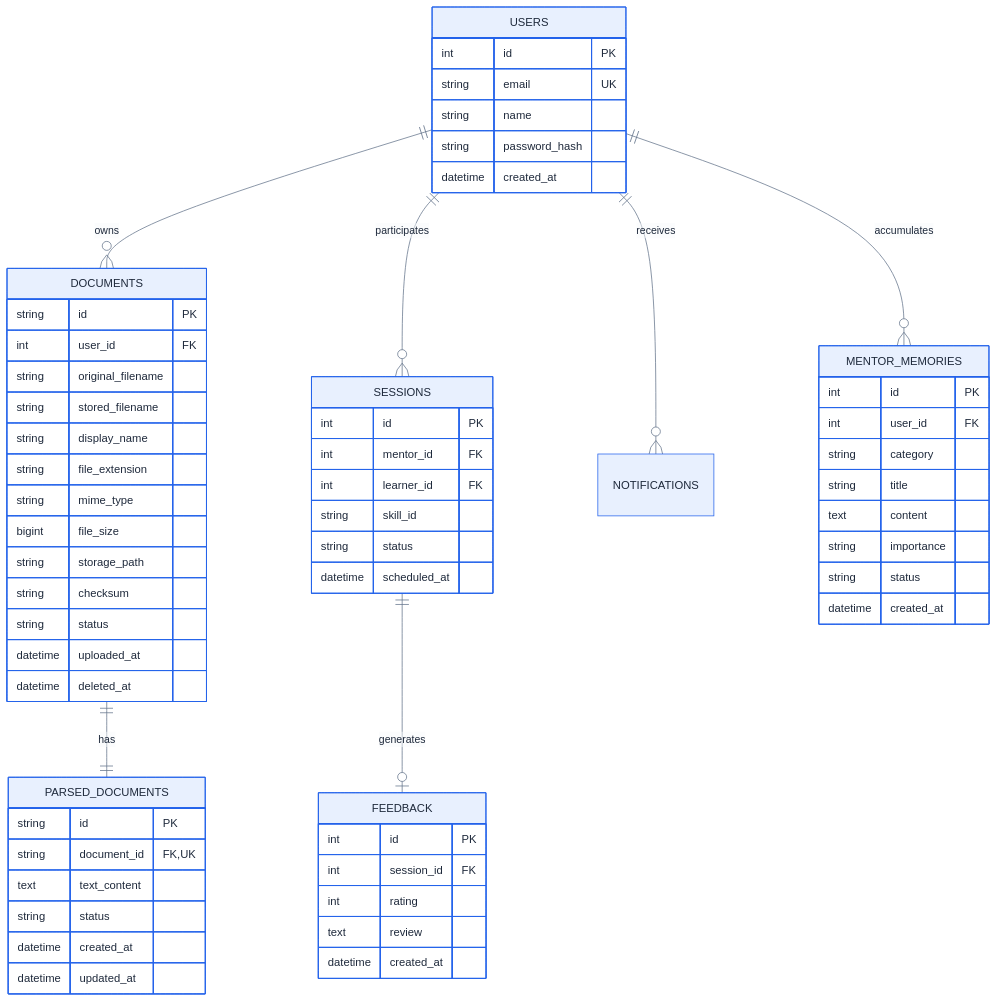
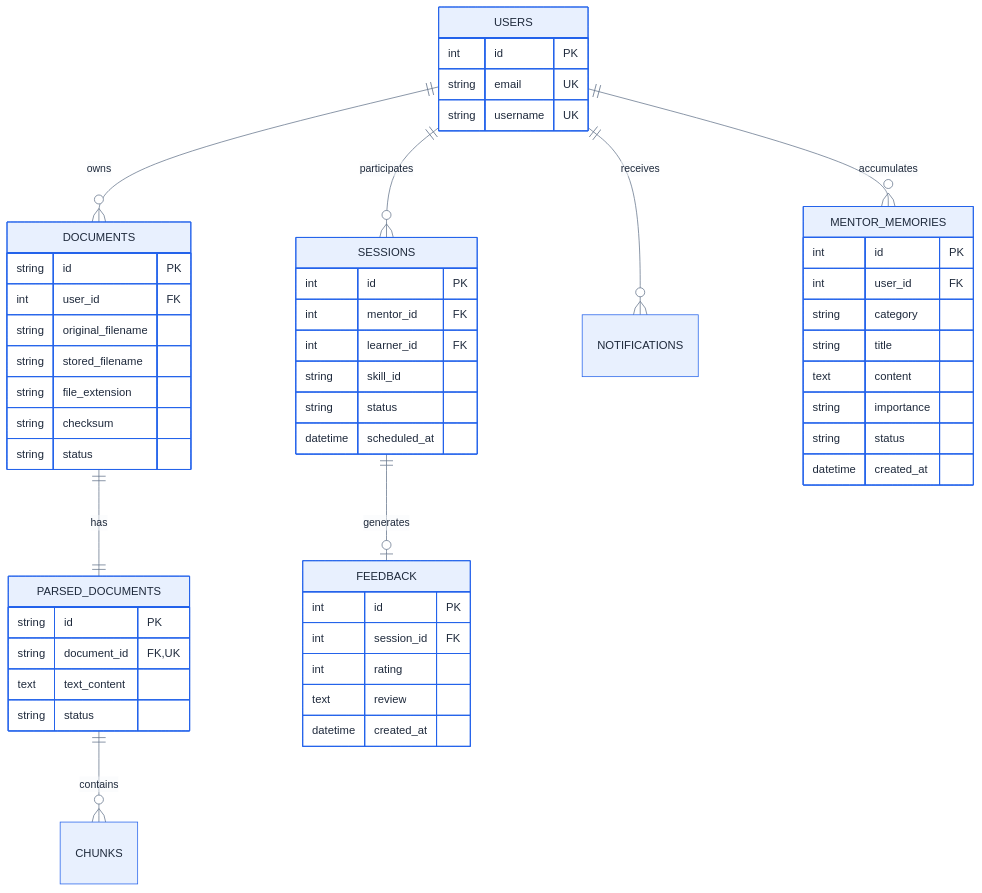
One commit to joshi-chinmay-016/SkillSwap changed the fifth of 7 diagrams in README.md. Above: the diagram before and after it, drawn with Mermaid. The commit also changed other lines of this file and 15 other files, not shown here.

````diff
--- a/README.md
+++ b/README.md
@@ -179,82 +265,73 @@
 ```mermaid
 %%{init: {
 "theme":"base",
 "themeVariables":{
 "primaryColor":"#E8F0FE",
 "primaryBorderColor":"#2563EB",
 "primaryTextColor":"#1E293B",
 "secondaryColor":"#ECFEFF",
 "tertiaryColor":"#F8FAFC",
 "lineColor":"#64748B",
 "fontSize":"15px"
 }
 }}%%
 erDiagram
     USERS ||--o{ DOCUMENTS : "owns"
     USERS ||--o{ SESSIONS : "participates"
     USERS ||--o{ NOTIFICATIONS : "receives"
     USERS ||--o{ MENTOR_MEMORIES : "accumulates"
     DOCUMENTS ||--|| PARSED_DOCUMENTS : "has"
+    PARSED_DOCUMENTS ||--o{ CHUNKS : "contains"
     SESSIONS ||--o| FEEDBACK : "generates"
 
     USERS {
         int id PK
         string email UK
-        string name
-        string password_hash
-        datetime created_at
+        string username UK
     }
 
     DOCUMENTS {
         string id PK
         int user_id FK
         string original_filename
         string stored_filename
-        string display_name
         string file_extension
-        string mime_type
-        bigint file_size
-        string storage_path
         string checksum
         string status
-        datetime uploaded_at
-        datetime deleted_at
     }
 
     PARSED_DOCUMENTS {
         string id PK
         string document_id FK,UK
         text text_content
         string status
-        datetime created_at
-        datetime updated_at
     }
 
     MENTOR_MEMORIES {
         int id PK
         int user_id FK
         string category
         string title
         text content
         string importance
         string status
         datetime created_at
     }
 
     SESSIONS {
         int id PK
         int mentor_id FK
         int learner_id FK
         string skill_id
         string status
         datetime scheduled_at
     }
 
     FEEDBACK {
         int id PK
         int session_id FK
         int rating
         text review
         datetime created_at
     }
 ```
````
